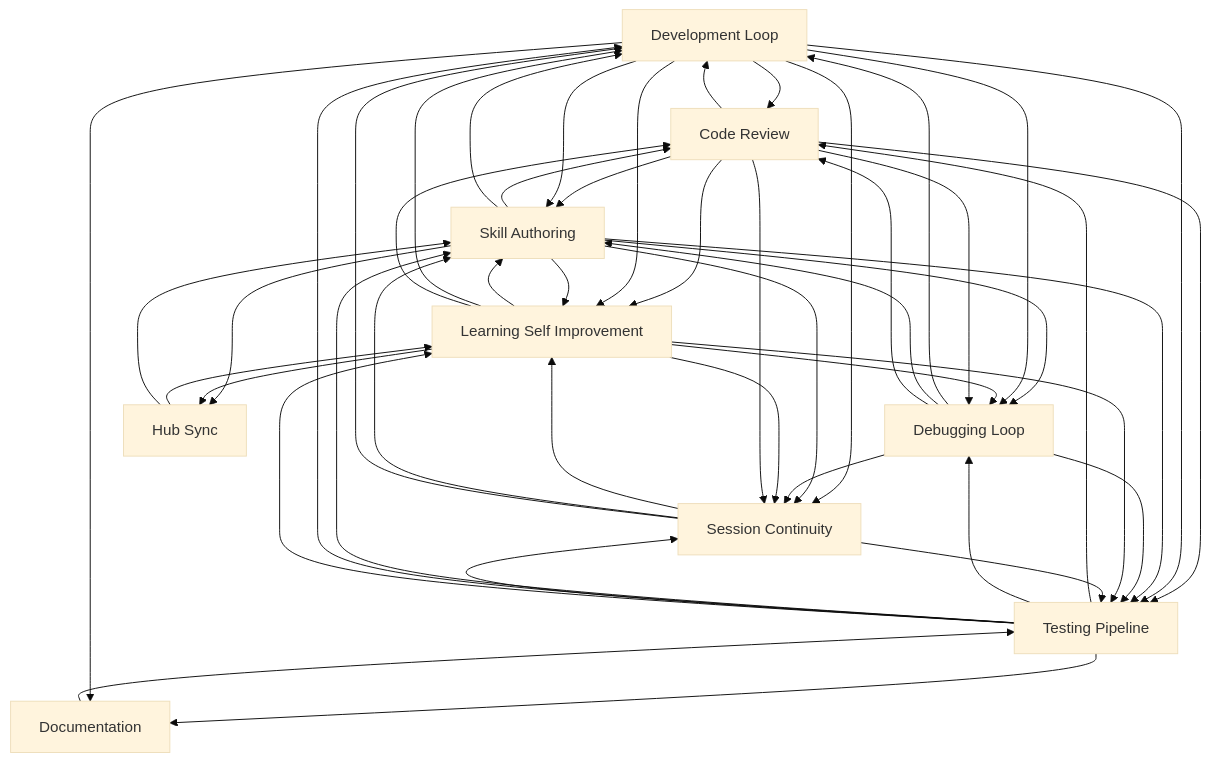
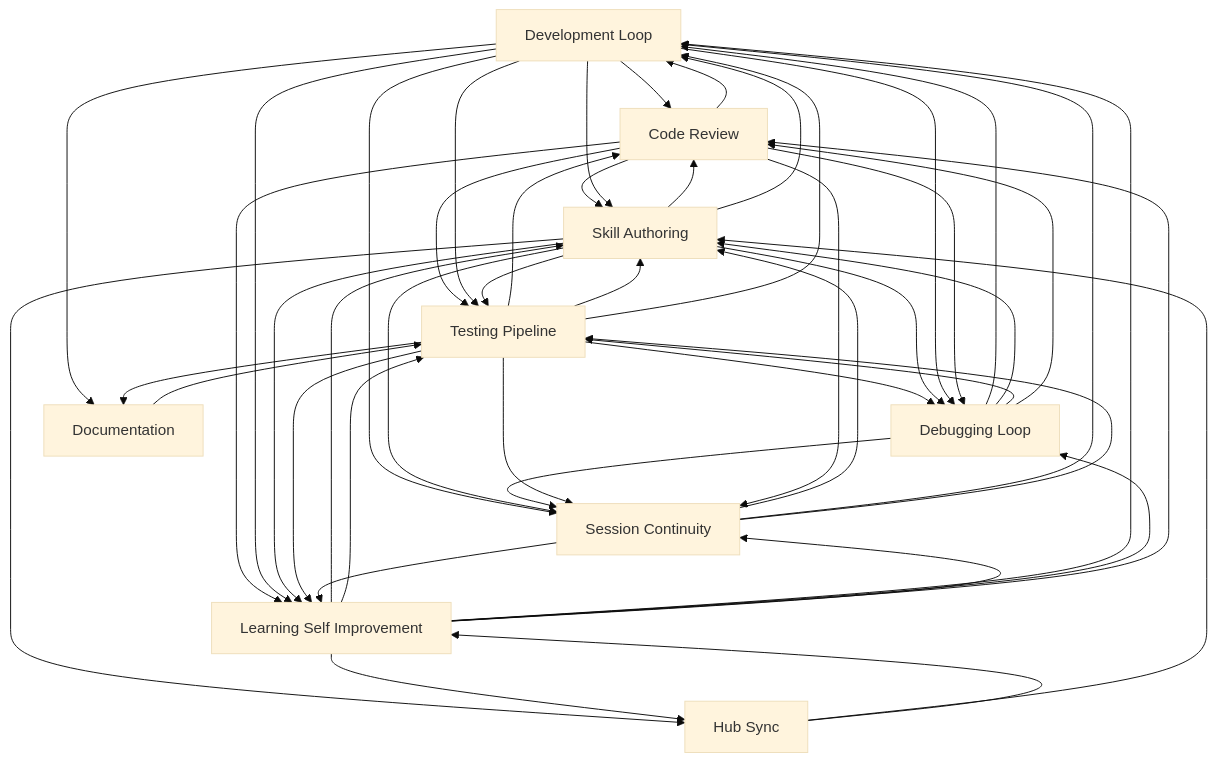
Before and after one commit to abhayla/claude-best-practices: the diagram in docs/workflows/INDEX.md, drawn with Mermaid (base theme). The commit also changed other lines of this file and 11 other files, not shown here.

````diff
--- a/docs/workflows/INDEX.md
+++ b/docs/workflows/INDEX.md
@@ -21,58 +21,58 @@
 ```mermaid
 graph TD
     development_loop[Development Loop]
     testing_pipeline[Testing Pipeline]
     debugging_loop[Debugging Loop]
     learning_self_improvement[Learning Self Improvement]
     session_continuity[Session Continuity]
     skill_authoring[Skill Authoring]
     code_review[Code Review]
     documentation[Documentation]
     hub_sync[Hub Sync]
     documentation --> testing_pipeline
     code_review --> skill_authoring
     code_review --> development_loop
     development_loop --> code_review
     development_loop --> skill_authoring
+    code_review --> testing_pipeline
     code_review --> learning_self_improvement
-    code_review --> testing_pipeline
+    development_loop --> testing_pipeline
     development_loop --> learning_self_improvement
-    development_loop --> testing_pipeline
     testing_pipeline --> code_review
     testing_pipeline --> debugging_loop
     testing_pipeline --> skill_authoring
     testing_pipeline --> development_loop
     skill_authoring --> code_review
     skill_authoring --> development_loop
+    skill_authoring --> testing_pipeline
     skill_authoring --> learning_self_improvement
-    skill_authoring --> testing_pipeline
     development_loop --> session_continuity
     skill_authoring --> session_continuity
-    testing_pipeline --> session_continuity
     debugging_loop --> session_continuity
     debugging_loop --> development_loop
+    testing_pipeline --> session_continuity
     skill_authoring --> debugging_loop
     debugging_loop --> skill_authoring
+    debugging_loop --> testing_pipeline
     debugging_loop --> code_review
-    debugging_loop --> testing_pipeline
     development_loop --> debugging_loop
     learning_self_improvement --> skill_authoring
+    learning_self_improvement --> testing_pipeline
     learning_self_improvement --> development_loop
+    learning_self_improvement --> debugging_loop
     learning_self_improvement --> code_review
-    learning_self_improvement --> debugging_loop
-    learning_self_improvement --> testing_pipeline
     code_review --> debugging_loop
+    testing_pipeline --> learning_self_improvement
     learning_self_improvement --> session_continuity
     code_review --> session_continuity
-    testing_pipeline --> learning_self_improvement
+    session_continuity --> skill_authoring
     session_continuity --> learning_self_improvement
-    session_continuity --> skill_authoring
+    development_loop --> documentation
     testing_pipeline --> documentation
-    development_loop --> documentation
     session_continuity --> development_loop
     session_continuity --> testing_pipeline
     skill_authoring --> hub_sync
     learning_self_improvement --> hub_sync
+    hub_sync --> skill_authoring
     hub_sync --> learning_self_improvement
-    hub_sync --> skill_authoring
 ```
````
